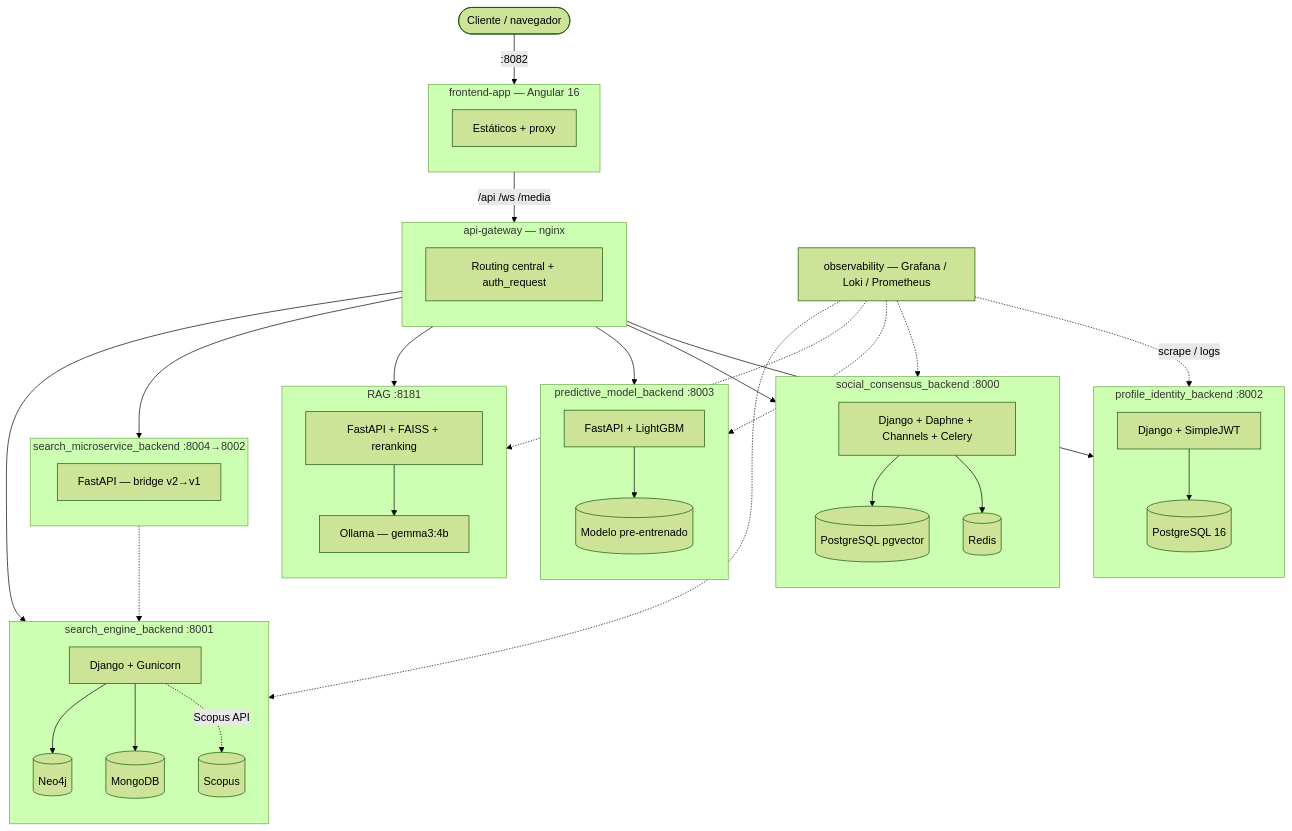
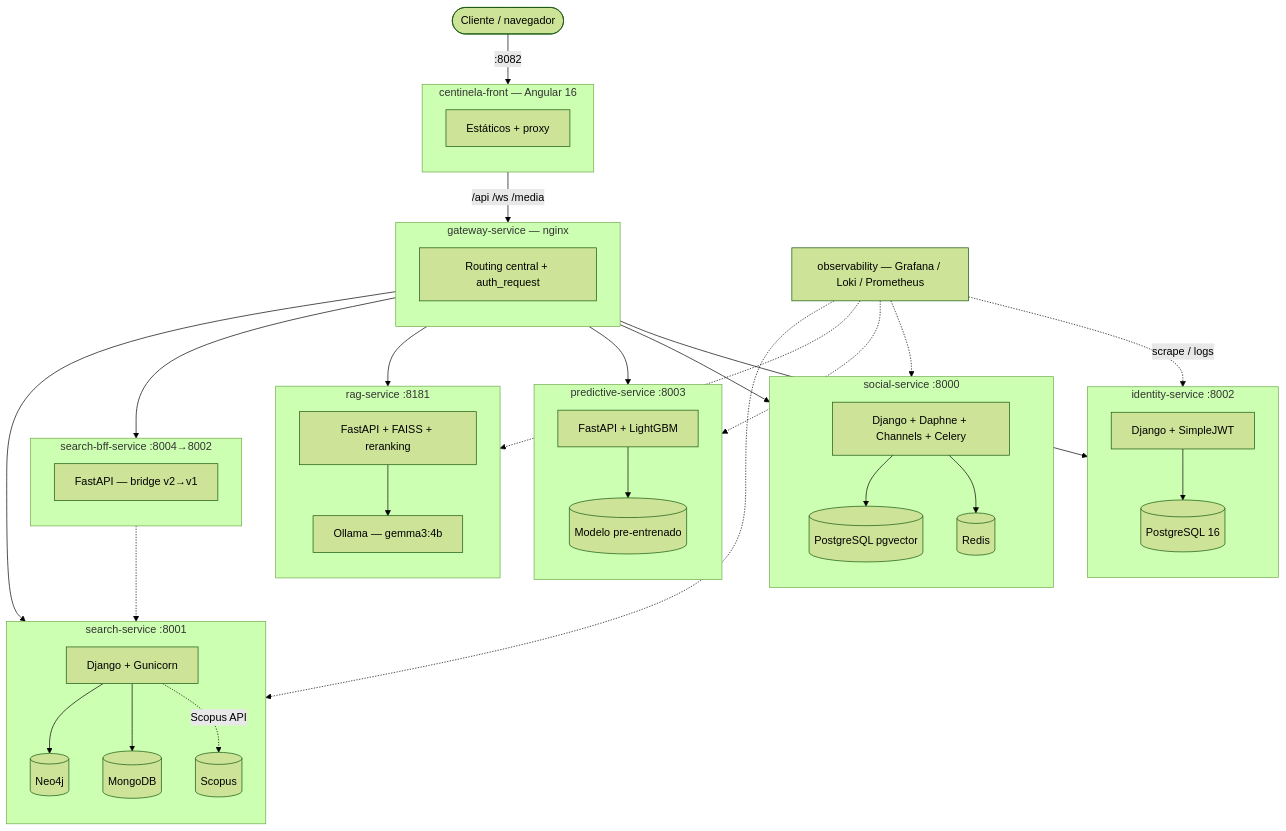
The diagram in profile/README.md (PlataformaIntegradaInvestigadores/.github), drawn with Mermaid (forest theme) before and after one commit. The commit also changed other lines of this file, not shown here.

Commit message:
docs: update service names in architecture diagram and repository list

````diff
--- a/profile/README.md
+++ b/profile/README.md
@@ -11,63 +11,63 @@
 ```mermaid
 flowchart TB
     Cliente(["Cliente / navegador"]) -->|":8082"| Frontend
 
-    subgraph Frontend["frontend-app — Angular 16"]
+    subgraph Frontend["centinela-front — Angular 16"]
         direction TB
         FE[Estáticos + proxy]
     end
 
     Frontend -->|"/api /ws /media"| Gateway
 
-    subgraph Gateway["api-gateway — nginx"]
+    subgraph Gateway["gateway-service — nginx"]
         direction TB
         GW["Routing central + auth_request"]
     end
 
     Gateway --> Identity
     Gateway --> Social
     Gateway --> Search
-    Gateway --> SearchMs
+    Gateway --> SearchBff
     Gateway --> Predictive
     Gateway --> RAG
 
-    subgraph Identity["profile_identity_backend :8002"]
+    subgraph Identity["identity-service :8002"]
         direction TB
         ID["Django + SimpleJWT"] --> IDDB[(PostgreSQL 16)]
     end
 
-    subgraph Social["social_consensus_backend :8000"]
+    subgraph Social["social-service :8000"]
         direction TB
         SO["Django + Daphne + Channels + Celery"] --> SODB[(PostgreSQL pgvector)]
         SO --> SORD[(Redis)]
     end
 
-    subgraph Search["search_engine_backend :8001"]
+    subgraph Search["search-service :8001"]
         direction TB
         SE["Django + Gunicorn"] --> SENEO[(Neo4j)]
         SE --> SEMONGO[(MongoDB)]
         SE -.->|Scopus API| SCOPUS[(Scopus)]
     end
 
-    subgraph SearchMs["search_microservice_backend :8004→8002"]
+    subgraph SearchBff["search-bff-service :8004→8002"]
         direction TB
         MS["FastAPI — bridge v2→v1"]
     end
     MS -.-> SE
 
-    subgraph Predictive["predictive_model_backend :8003"]
+    subgraph Predictive["predictive-service :8003"]
         direction TB
         PR["FastAPI + LightGBM"] --> PRFILE[("Modelo pre-entrenado")]
     end
 
-    subgraph RAG["RAG :8181"]
+    subgraph RAG["rag-service :8181"]
         direction TB
         RG["FastAPI + FAISS + reranking"] --> OLLAMA["Ollama — gemma3:4b"]
     end
 
     Observability["observability — Grafana / Loki / Prometheus"] -.->|scrape / logs| Identity
     Observability -.-> Social
     Observability -.-> Search
     Observability -.-> Predictive
     Observability -.-> RAG
 ```
````
